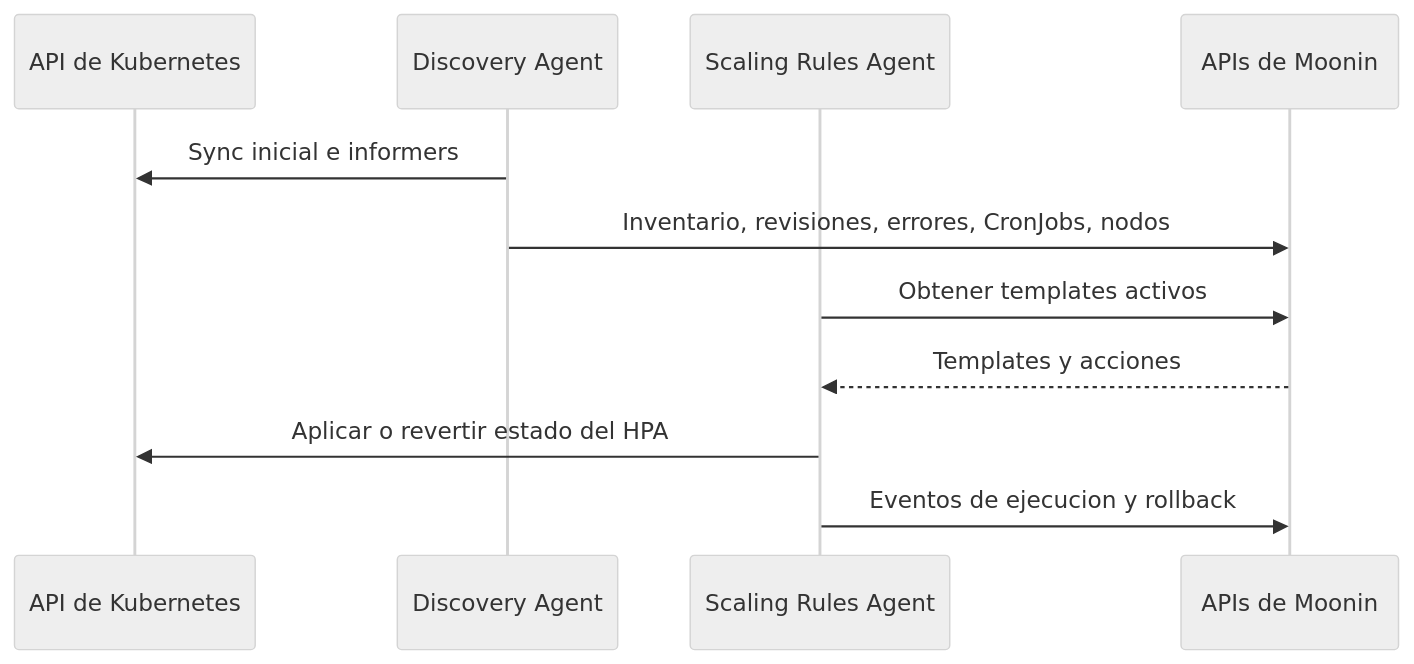
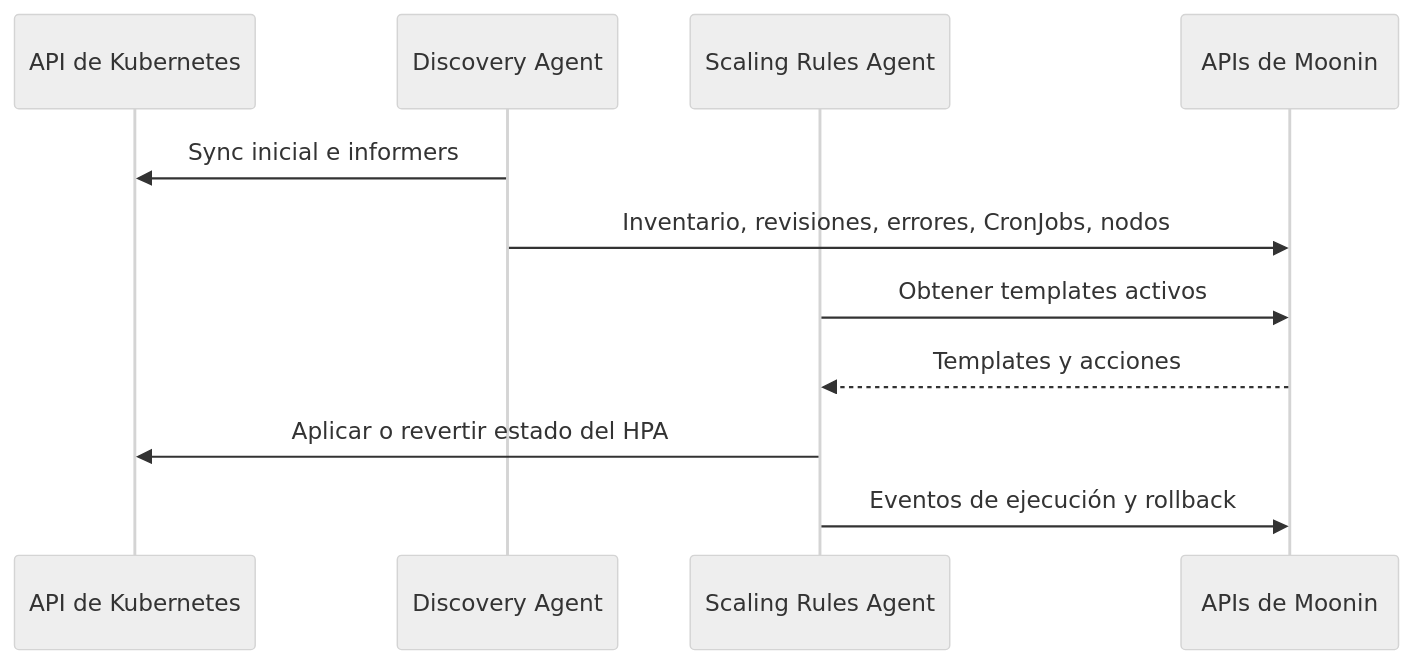
Before and after one commit to Moonin-Lab/Moonin-Docs: the diagram in src/content/docs/es/agent/overview.md, drawn with Mermaid (neutral theme). The commit also changed other lines of this file and 84 other files, not shown here.

````diff
--- a/src/content/docs/es/agent/overview.md
+++ b/src/content/docs/es/agent/overview.md
@@ -102,14 +102,14 @@
 ```mermaid
 sequenceDiagram
     participant K as API de Kubernetes
     participant D as Discovery Agent
     participant S as Scaling Rules Agent
     participant A as APIs de Moonin
 
     D->>K: Sync inicial e informers
     D->>A: Inventario, revisiones, errores, CronJobs, nodos
     S->>A: Obtener templates activos
     A-->>S: Templates y acciones
     S->>K: Aplicar o revertir estado del HPA
-    S->>A: Eventos de ejecucion y rollback
+    S->>A: Eventos de ejecución y rollback
 ```
````
